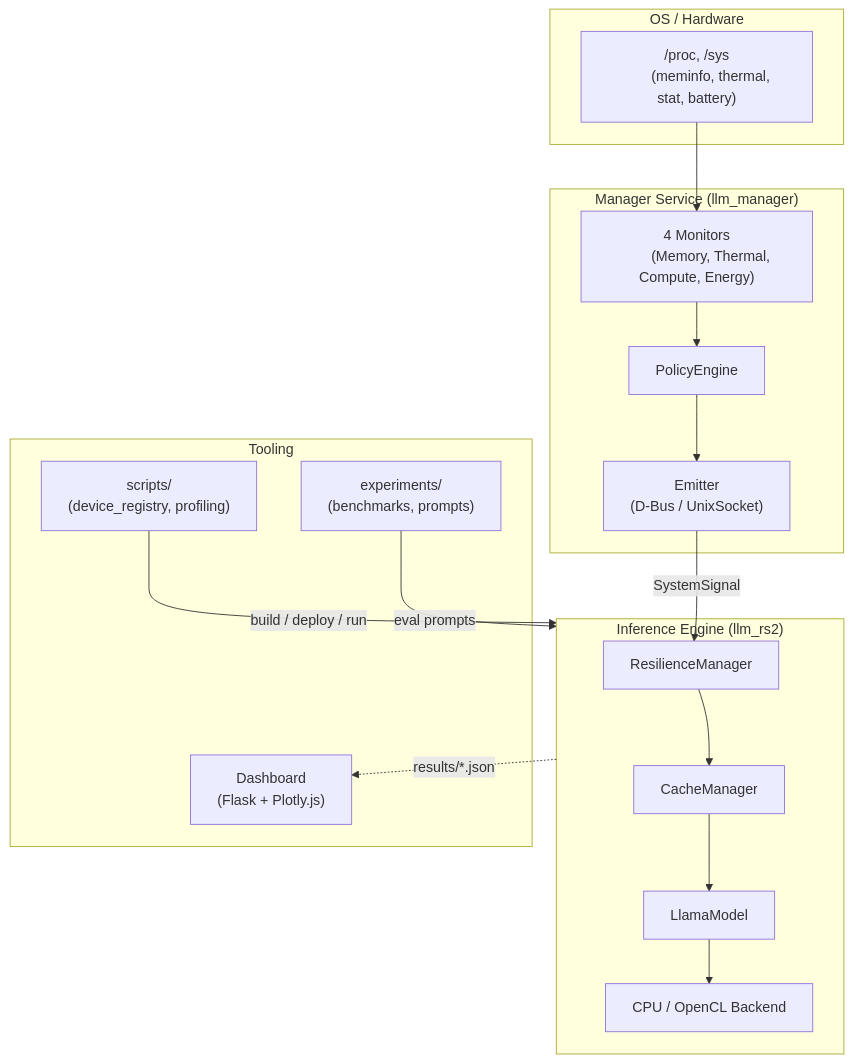
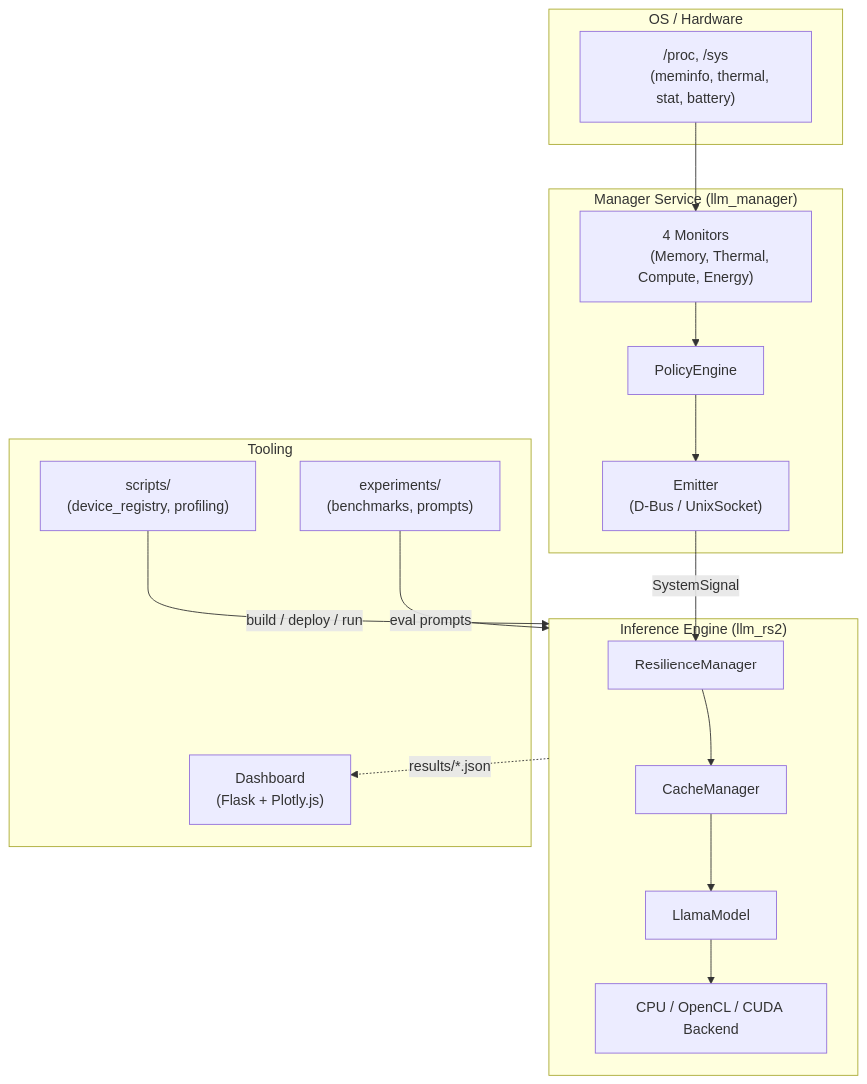
The first of 5 diagrams in ARCHITECTURE.md (hedone21/llm_rs2), drawn with Mermaid before and after one commit. The commit also changed other lines of this file and 3 other files, not shown here.

First line of the commit message:
docs: add CUDA backend to CLI help, README, USAGE, ARCHITECTURE

````diff
--- a/ARCHITECTURE.md
+++ b/ARCHITECTURE.md
@@ -37,41 +37,41 @@
 ```mermaid
 graph TB
     subgraph OS ["OS / Hardware"]
         SysMetrics["/proc, /sys
         (meminfo, thermal, stat, battery)"]
     end
 
     subgraph Manager ["Manager Service (llm_manager)"]
         Monitors["4 Monitors
         (Memory, Thermal, Compute, Energy)"]
         PolicyEngine["PolicyEngine"]
         Emitter["Emitter
         (D-Bus / UnixSocket)"]
     end
 
     subgraph Engine ["Inference Engine (llm_rs2)"]
         Resilience["ResilienceManager"]
         CacheMgr["CacheManager"]
         Model["LlamaModel"]
-        Backends["CPU / OpenCL Backend"]
+        Backends["CPU / OpenCL / CUDA Backend"]
     end
 
     subgraph Tooling ["Tooling"]
         Scripts["scripts/
         (device_registry, profiling)"]
         Experiments["experiments/
         (benchmarks, prompts)"]
         Dashboard["Dashboard
         (Flask + Plotly.js)"]
     end
 
     SysMetrics --> Monitors
     Monitors --> PolicyEngine --> Emitter
     Emitter -->|"SystemSignal"| Resilience
     Resilience --> CacheMgr --> Model
     Model --> Backends
 
     Scripts -->|"build / deploy / run"| Engine
     Experiments -->|"eval prompts"| Engine
     Engine -.->|"results/*.json"| Dashboard
 ```
````
